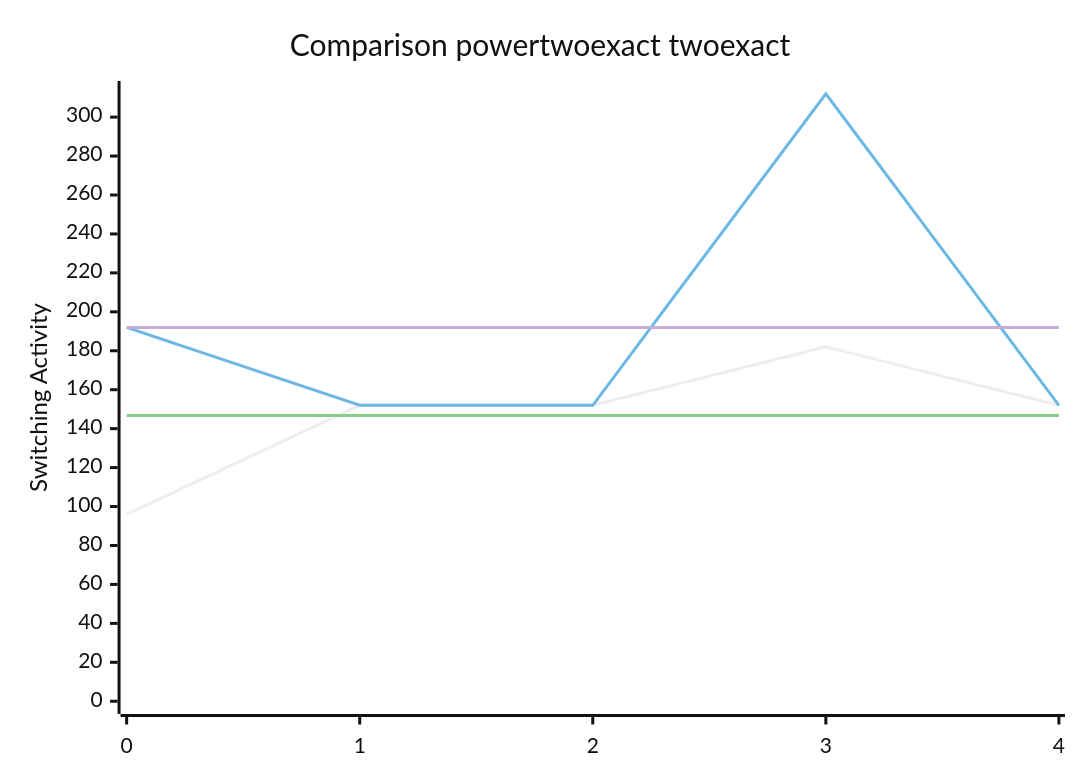
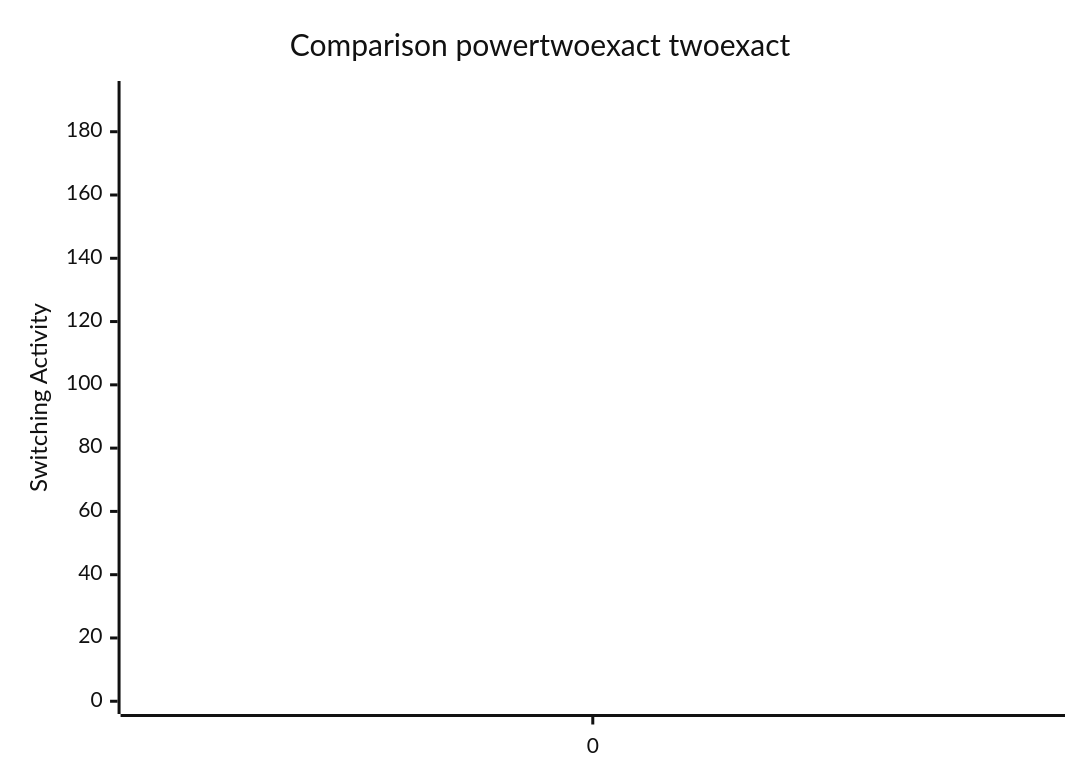
Before and after one commit to FeldmeierMichael/Exact-Power-Synthesis: the diagram in benchmark.md, drawn with Mermaid (neutral theme). The commit also changed other lines of this file and 2 other files, not shown here.

````diff
--- a/benchmark.md
+++ b/benchmark.md
@@ -21,10 +11,10 @@
 ```mermaid
 xychart-beta
     title "Comparison powertwoexact twoexact"
-    x-axis [0, 1, 2, 3, 4]
-    y-axis "Switching Activity" 0-->312
-    line [96, 152, 152, 182, 152]
-    line [192, 152, 152, 312, 152]
-    line [146.8, 146.8, 146.8, 146.8, 146.8]
-    line [192.0, 192.0, 192.0, 192.0, 192.0]
+    x-axis [0]
+    y-axis "Switching Activity" 0-->192
+    line [96]
+    line [192]
+    line [96.0]
+    line [192.0]
 ```
````
